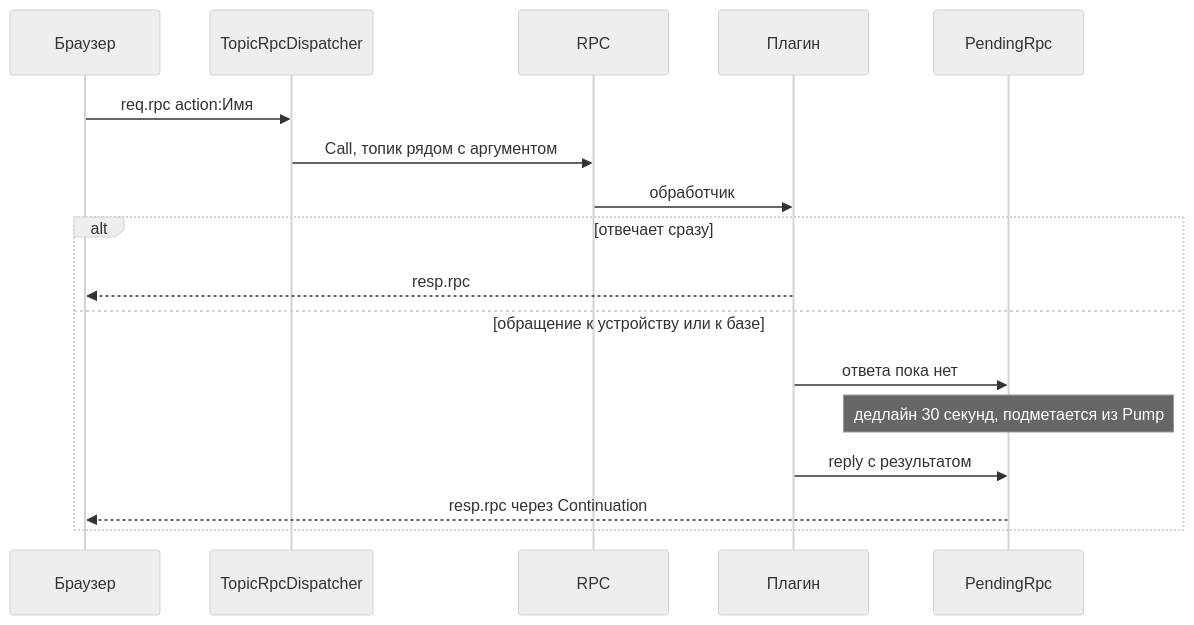
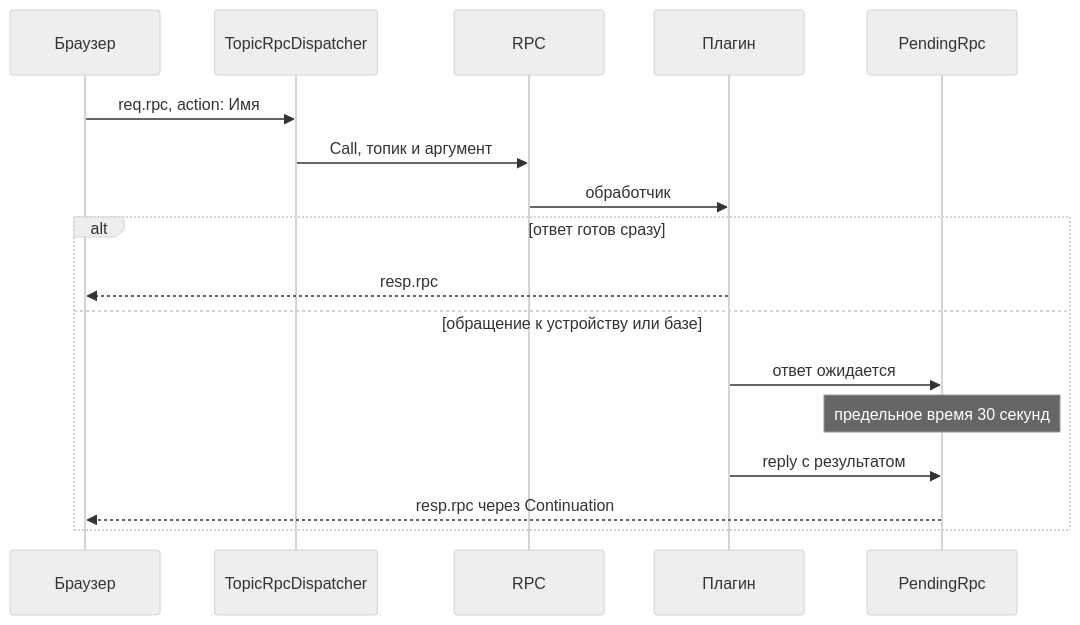
Before and after one commit to enviriot/EnviriotSW: the fifth of 5 diagrams in README.md, drawn with Mermaid (neutral theme). The commit also changed other lines of this file and 5 other files, not shown here.

````diff
--- a/README.md
+++ b/README.md
@@ -233,20 +479,19 @@
 ```mermaid
 sequenceDiagram
   participant BR as Браузер
   participant D as TopicRpcDispatcher
   participant R as RPC
   participant PL as Плагин
   participant PR as PendingRpc
-
-  BR->>D: req.rpc action:Имя
-  D->>R: Call, топик рядом с аргументом
+  BR->>D: req.rpc, action: Имя
+  D->>R: Call, топик и аргумент
   R->>PL: обработчик
-  alt отвечает сразу
+  alt ответ готов сразу
     PL-->>BR: resp.rpc
-  else обращение к устройству или к базе
-    PL->>PR: ответа пока нет
-    Note over PR: дедлайн 30 секунд, подметается из Pump
+  else обращение к устройству или базе
+    PL->>PR: ответ ожидается
+    Note over PR: предельное время 30 секунд
     PL->>PR: reply с результатом
     PR-->>BR: resp.rpc через Continuation
   end
 ```
````
